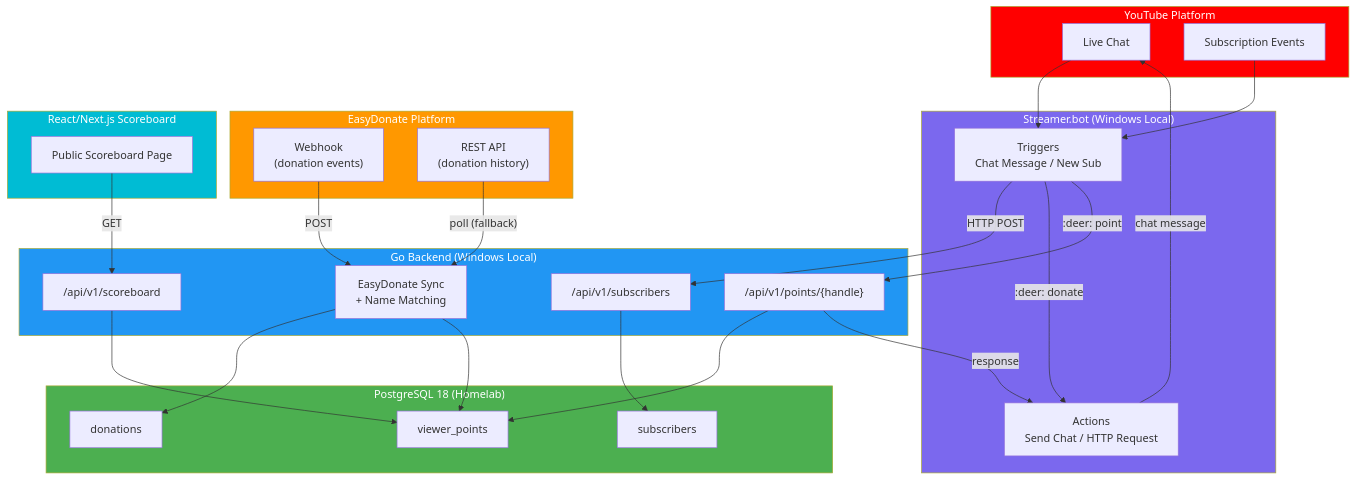
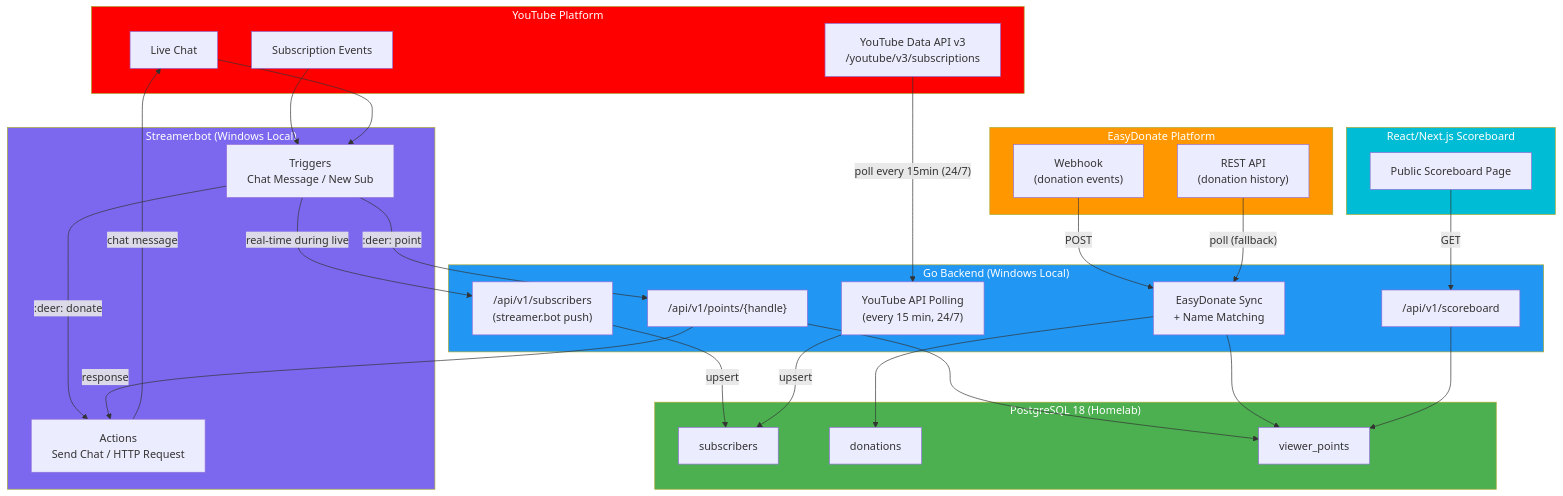
The diagram in external_overview/Deer Ngo Bot.md (oat431/document_template), drawn with Mermaid before and after one commit. The commit also changed other lines of this file and 4 other files, not shown here.

````diff
--- a/external_overview/Deer Ngo Bot.md
+++ b/external_overview/Deer Ngo Bot.md
@@ -31,64 +31,68 @@
 ```mermaid
 flowchart TB
     subgraph YouTube["YouTube Platform"]
         YT_Chat["Live Chat"]
         YT_Sub["Subscription Events"]
+        YT_API["YouTube Data API v3<br>/youtube/v3/subscriptions"]
     end
 
     subgraph StreamerBot["Streamer.bot (Windows Local)"]
         SB_Trig["Triggers<br>Chat Message / New Sub"]
         SB_Actions["Actions<br>Send Chat / HTTP Request"]
     end
 
     subgraph Backend["Go Backend (Windows Local)"]
-        API_Sub["/api/v1/subscribers"]
+        API_Sub["/api/v1/subscribers<br>(streamer.bot push)"]
         API_Point["/api/v1/points/{handle}"]
         API_Score["/api/v1/scoreboard"]
         SyncEngine["EasyDonate Sync<br>+ Name Matching"]
+        PollScheduler["YouTube API Polling<br>(every 15 min, 24/7)"]
     end
 
     subgraph DB["PostgreSQL 18 (Homelab)"]
         T_Sub["subscribers"]
         T_Don["donations"]
         T_Pts["viewer_points"]
     end
 
     subgraph EasyDonate["EasyDonate Platform"]
         ED_Webhook["Webhook<br>(donation events)"]
         ED_API["REST API<br>(donation history)"]
     end
 
     subgraph Frontend["React/Next.js Scoreboard"]
         Web_Score["Public Scoreboard Page"]
     end
 
-    %% Subscriber flow
+    %% Subscriber flow — HYBRID
     YT_Sub --> SB_Trig
-    SB_Trig -->|"HTTP POST"| API_Sub
-    API_Sub --> T_Sub
+    SB_Trig -->|"real-time during live"| API_Sub
+    YT_API -->|"poll every 15min (24/7)"| PollScheduler
+    API_Sub -->|"upsert"| T_Sub
+    PollScheduler -->|"upsert"| T_Sub
 
     %% Chat command flow
     YT_Chat --> SB_Trig
     SB_Trig -->|":deer: donate"| SB_Actions
     SB_Trig -->|":deer: point"| API_Point
     API_Point --> T_Pts
     API_Point -->|"response"| SB_Actions
     SB_Actions -->|"chat message"| YT_Chat
 
     %% Donation flow
     ED_Webhook -->|"POST"| SyncEngine
     ED_API -->|"poll (fallback)"| SyncEngine
     SyncEngine --> T_Don
     SyncEngine --> T_Pts
 
     %% Scoreboard flow
     Web_Score -->|"GET"| API_Score
     API_Score --> T_Pts
 
     style YouTube fill:#FF0000,color:#fff
     style StreamerBot fill:#7B68EE,color:#fff
     style Backend fill:#2196F3,color:#fff
     style DB fill:#4CAF50,color:#fff
     style EasyDonate fill:#FF9800,color:#fff
     style Frontend fill:#00BCD4,color:#fff
 ```
````
